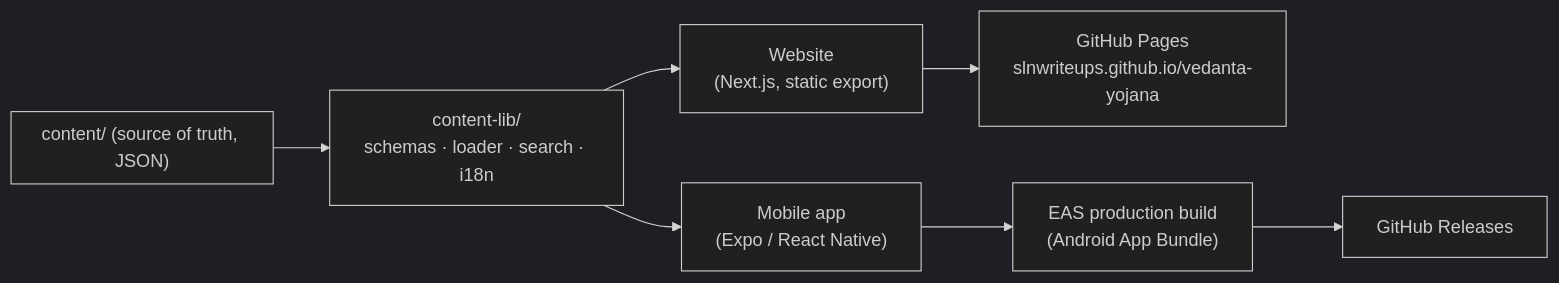
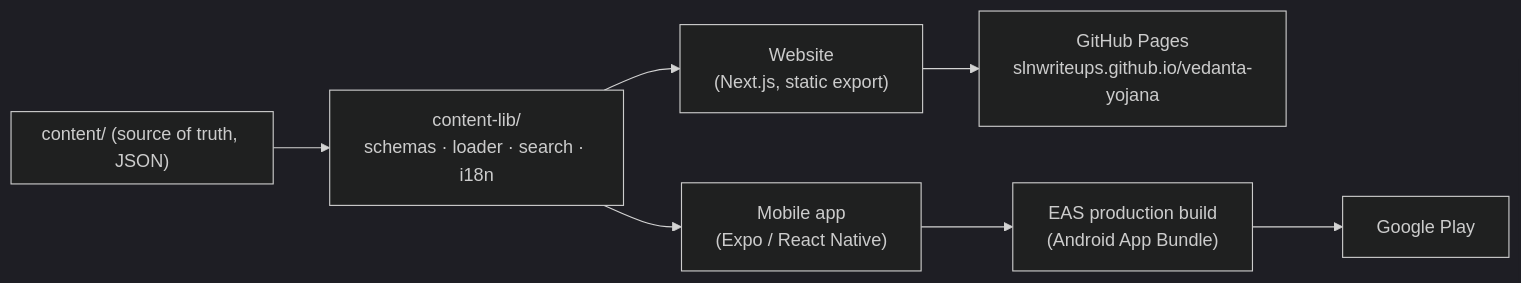
Before and after one commit to slnwriteups/vedanta-yojana-source: the first of 2 diagrams in docs/DEVELOPMENT.md, drawn with Mermaid (dark theme). The commit also changed other lines of this file and 4 other files, not shown here.

First line of the commit message:
docs: switch documented distribution channel from GitHub Releases to Google Play

````diff
--- a/docs/DEVELOPMENT.md
+++ b/docs/DEVELOPMENT.md
@@ -65,11 +65,11 @@
 ```mermaid
 flowchart LR
     subgraph Source["content/ (source of truth, JSON)"]
     end
     Source --> Lib["content-lib/\nschemas · loader · search · i18n"]
     Lib --> Web["Website\n(Next.js, static export)"]
     Lib --> Mobile["Mobile app\n(Expo / React Native)"]
     Web --> Pages["GitHub Pages\nslnwriteups.github.io/vedanta-yojana"]
     Mobile --> Build["EAS production build\n(Android App Bundle)"]
-    Build --> Release["GitHub Releases"]
+    Build --> Release["Google Play"]
 ```
````
